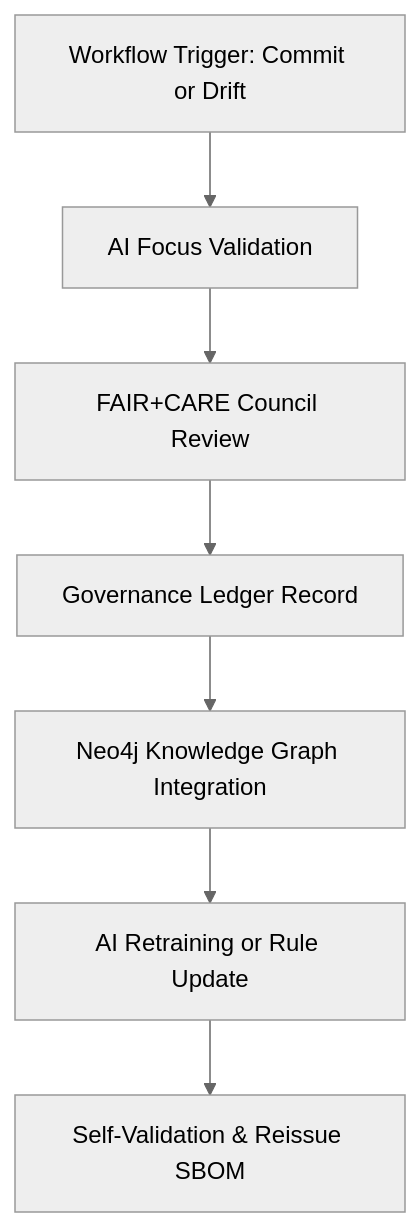
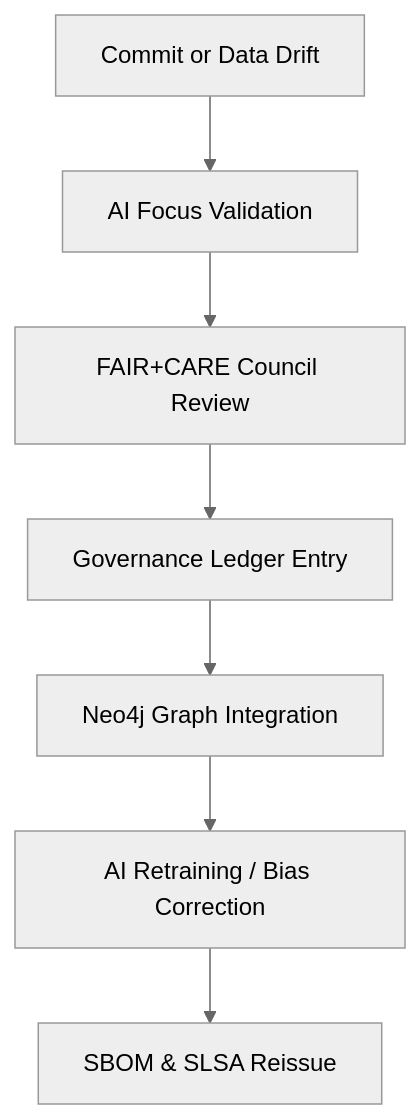
Before and after one commit to bartytime4life/Kansas-Frontier-Matrix: the second of 3 diagrams in src/README.md, drawn with Mermaid (neutral theme). The commit also changed other lines of this file, not shown here.

````diff
--- a/src/README.md
+++ b/src/README.md
@@ -97,12 +115,12 @@
 ```mermaid
 graph TD
-  A[Workflow Trigger: Commit or Drift]
+  A[Commit or Data Drift]
   B[AI Focus Validation]
   C[FAIR+CARE Council Review]
-  D[Governance Ledger Record]
-  E[Neo4j Knowledge Graph Integration]
-  F[AI Retraining or Rule Update]
-  G[Self-Validation & Reissue SBOM]
+  D[Governance Ledger Entry]
+  E[Neo4j Graph Integration]
+  F[AI Retraining / Bias Correction]
+  G[SBOM & SLSA Reissue]
 
   A --> B --> C --> D --> E --> F --> G
 ```
````
